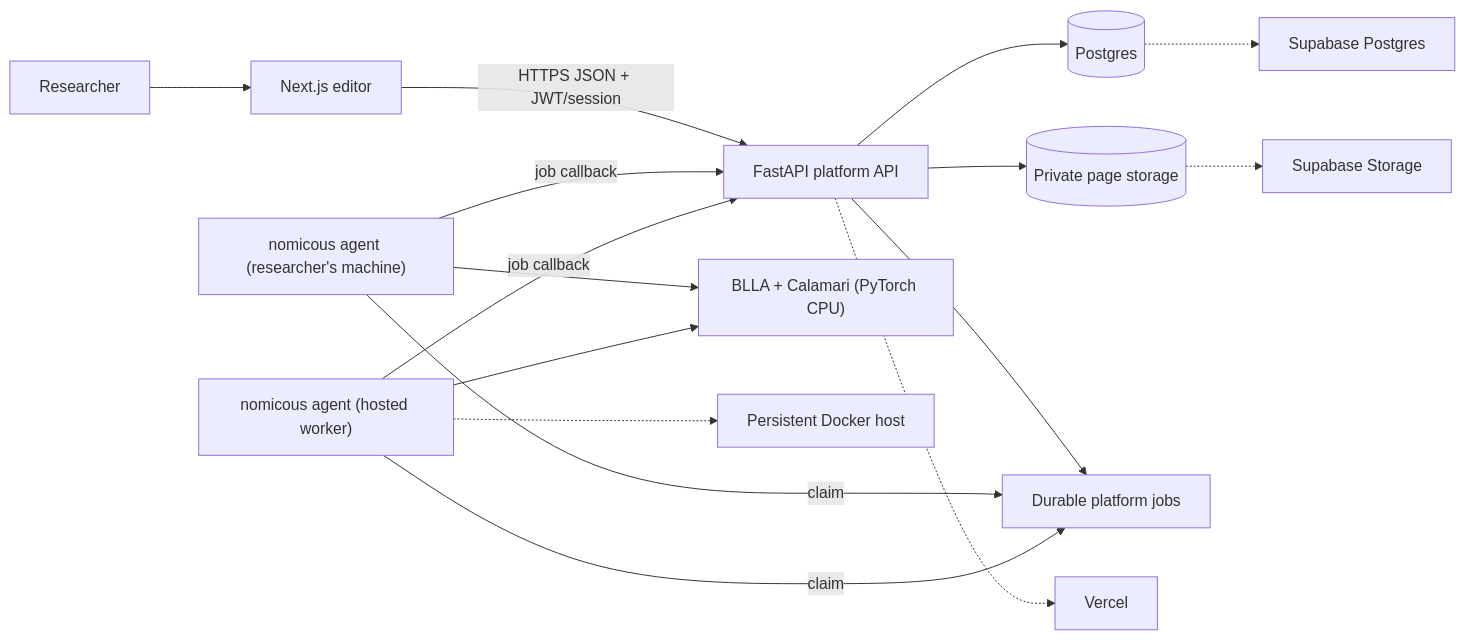
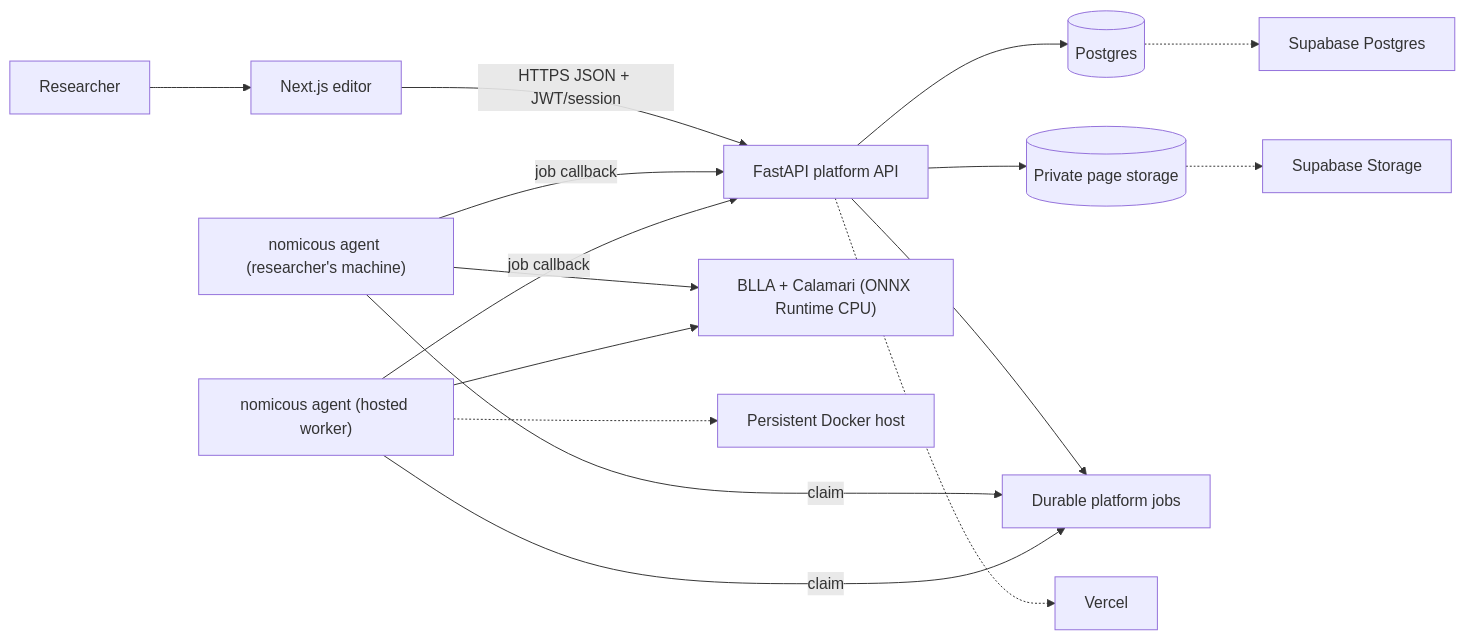
The first of 4 diagrams in docs/architecture.md (kkkamur07/greekOCR), drawn with Mermaid before and after one commit. The commit also changed other lines of this file and 72 other files, not shown here.

````diff
--- a/docs/architecture.md
+++ b/docs/architecture.md
@@ -9,18 +9,18 @@
 ```mermaid
 flowchart LR
     Researcher["Researcher"] --> Browser["Next.js editor"]
     Browser -->|"HTTPS JSON + JWT/session"| API["FastAPI platform API"]
     API --> DB[("Postgres")]
     API --> Storage[("Private page storage")]
     API --> Jobs["Durable platform jobs"]
     LocalAgent["nomicous agent (researcher's machine)"] -->|"claim"| Jobs
     HostedAgent["nomicous agent (hosted worker)"] -->|"claim"| Jobs
-    LocalAgent --> Models["BLLA + Calamari (PyTorch CPU)"]
+    LocalAgent --> Models["BLLA + Calamari (ONNX Runtime CPU)"]
     HostedAgent --> Models
     LocalAgent -->|"job callback"| API
     HostedAgent -->|"job callback"| API
     API -.-> Vercel["Vercel"]
     DB -.-> Supabase["Supabase Postgres"]
     Storage -.-> SupabaseStorage["Supabase Storage"]
     HostedAgent -.-> Docker["Persistent Docker host"]
 ```
````
